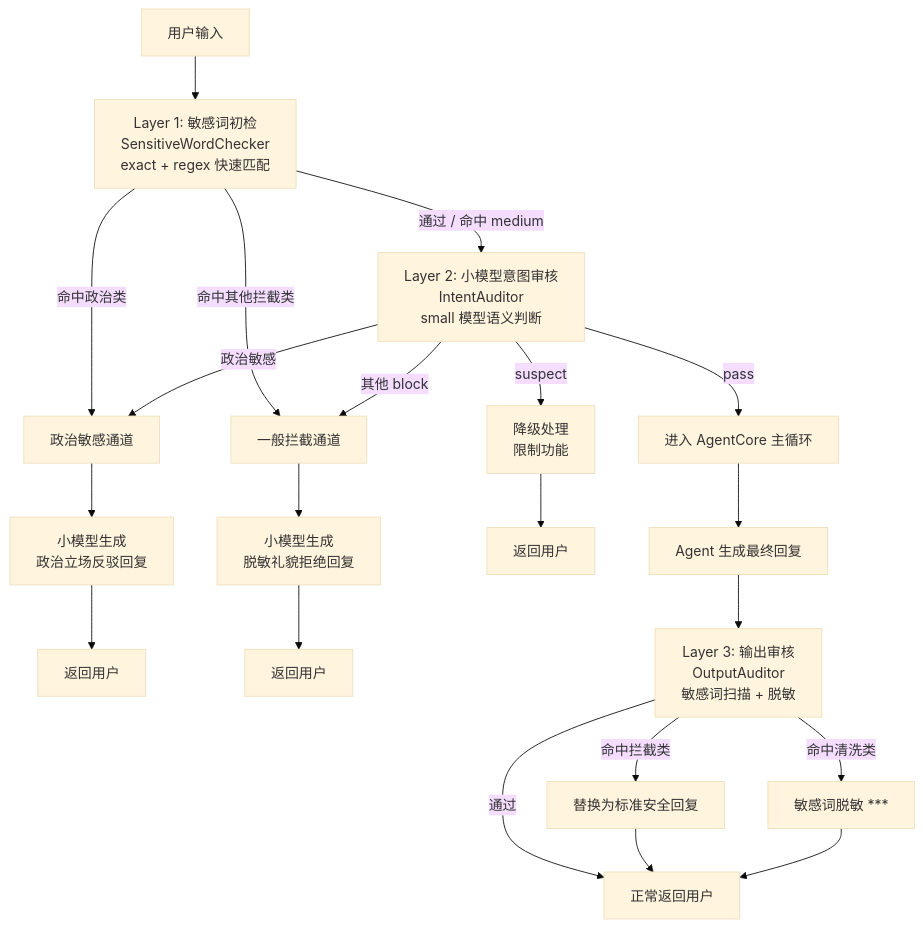
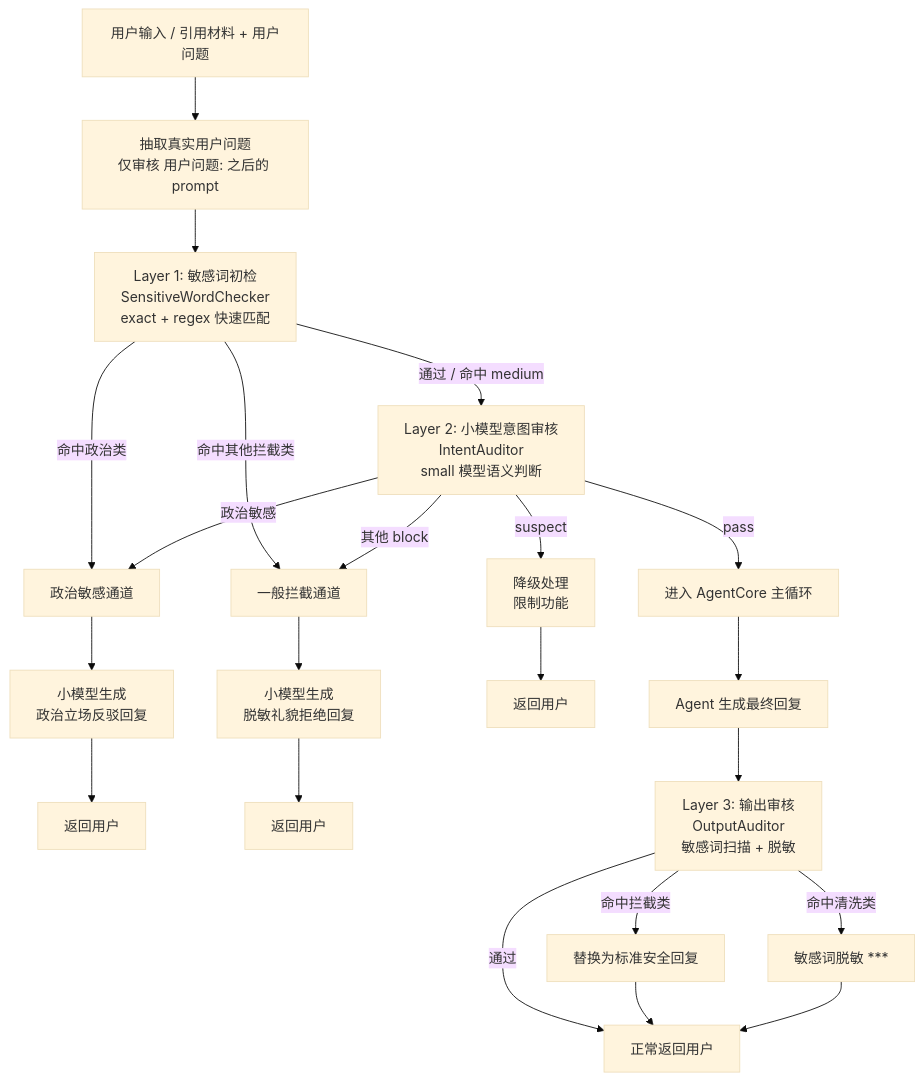
One commit to xiao-Huahuo/Agent-Core-Service changed diagram 16 of 19 in README.md. Above: the diagram before and after it, drawn with Mermaid (base theme). The commit also changed other lines of this file and 7 other files, not shown here.

````diff
--- a/README.md
+++ b/README.md
@@ -670,31 +671,32 @@
 ```mermaid
 flowchart TD
-    A[用户输入] --> B[Layer 1: 敏感词初检<br/>SensitiveWordChecker<br/>exact + regex 快速匹配]
+    A[用户输入 / 引用材料 + 用户问题] --> A1[抽取真实用户问题<br/>仅审核 用户问题: 之后的 prompt]
+    A1 --> B[Layer 1: 敏感词初检<br/>SensitiveWordChecker<br/>exact + regex 快速匹配]
     
     B -->|命中政治类| C1[政治敏感通道]
     B -->|命中其他拦截类| C2[一般拦截通道]
     B -->|通过 / 命中 medium| D[Layer 2: 小模型意图审核<br/>IntentAuditor<br/>small 模型语义判断]
     
     C1 --> G1[小模型生成<br/>政治立场反驳回复]
     C2 --> G2[小模型生成<br/>脱敏礼貌拒绝回复]
     
     G1 --> K1[返回用户]
     G2 --> K2[返回用户]
     
     D -->|政治敏感| C1
     D -->|其他 block| C2
     D -->|suspect| E[降级处理<br/>限制功能]
     D -->|pass| F[进入 AgentCore 主循环]
     
     E --> K3[返回用户]
     F --> G[Agent 生成最终回复]
     
     G --> H[Layer 3: 输出审核<br/>OutputAuditor<br/>敏感词扫描 + 脱敏]
     
     H -->|命中拦截类| I[替换为标准安全回复]
     H -->|命中清洗类| J[敏感词脱敏 ***]
     H -->|通过| K[正常返回用户]
     
     I --> K
     J --> K
 ```
````
